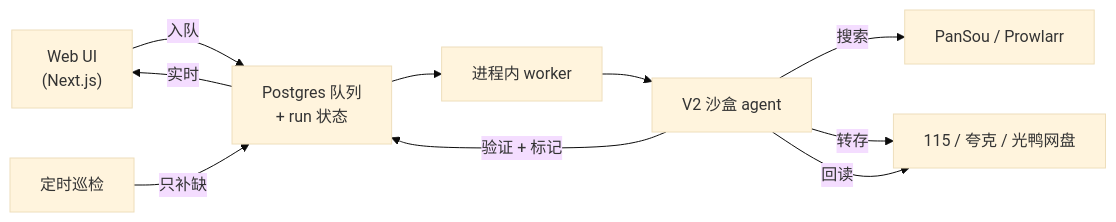
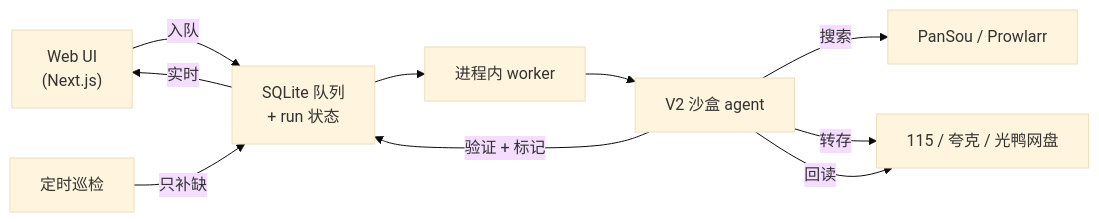
The diagram in README.zh-CN.md (CodeByZack/mediary-scout), drawn with Mermaid (base theme) before and after one commit. The commit also changed other lines of this file and 61 other files, not shown here.

First line of the commit message:
refactor: remove Postgres entirely, go SQLite-only

````diff
--- a/README.zh-CN.md
+++ b/README.zh-CN.md
@@ -78,12 +78,12 @@
 ```mermaid
 flowchart LR
-    UI["Web UI<br/>(Next.js)"] -->|入队| Q["Postgres 队列<br/>+ run 状态"]
+    UI["Web UI<br/>(Next.js)"] -->|入队| Q["SQLite 队列<br/>+ run 状态"]
     Q --> W["进程内 worker"]
     W --> AG["V2 沙盒 agent"]
     AG -->|搜索| SRC["PanSou / Prowlarr"]
     AG -->|转存| DR["115 / 夸克 / 光鸭网盘"]
     AG -->|回读| DR
     AG -->|验证 + 标记| Q
     Q -->|实时| UI
     CRON["定时巡检"] -->|只补缺| Q
 ```
````
